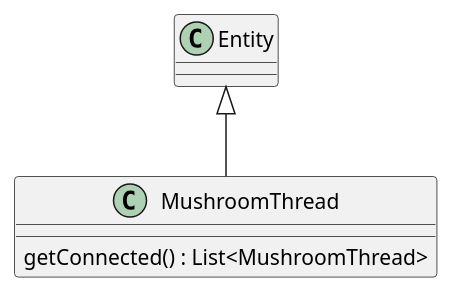
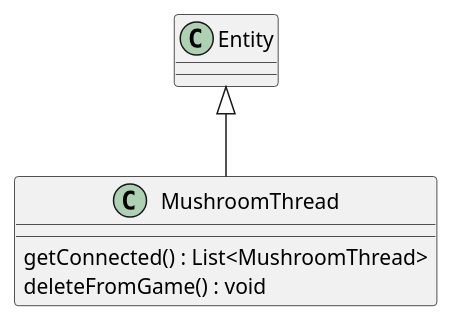
The diagram in 3/classes/mushroomThread.puml (Petya-G/fungorium), drawn with PlantUML before and after one commit. The commit also changed 1 other file, not shown here.

```diff
--- a/3/classes/mushroomThread.puml
+++ b/3/classes/mushroomThread.puml
@@ -1,7 +1,9 @@
 @startuml mushroomThread
 
 Entity <|-- MushroomThread
 class MushroomThread{
     getConnected() : List<MushroomThread>
+     deleteFromGame() : void
+    ' remove this thread from tecton and from owner player's list
 }
 @enduml
```
